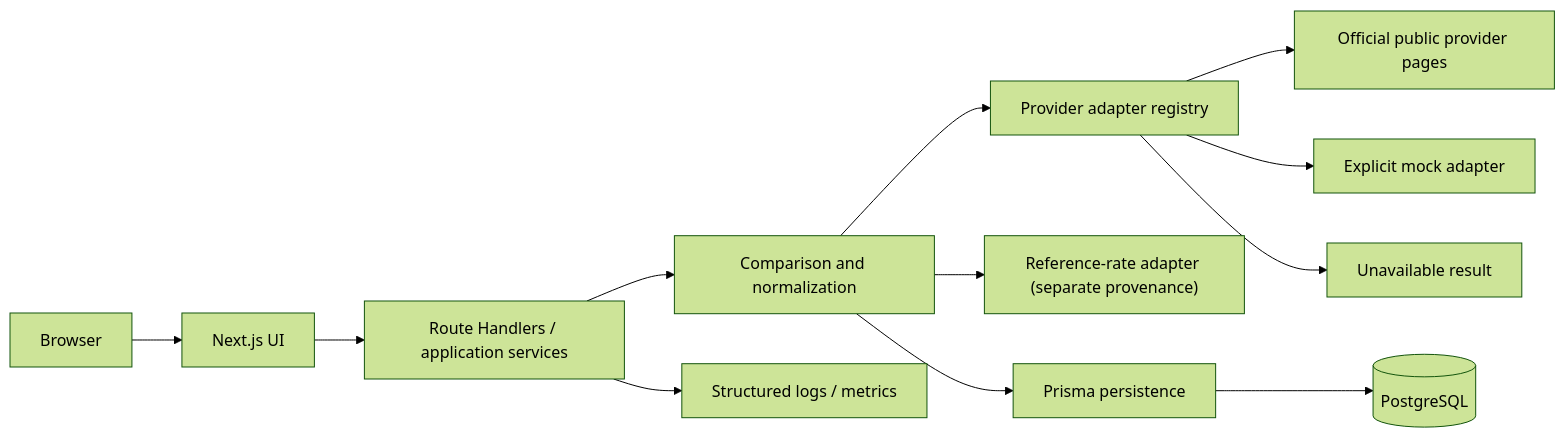
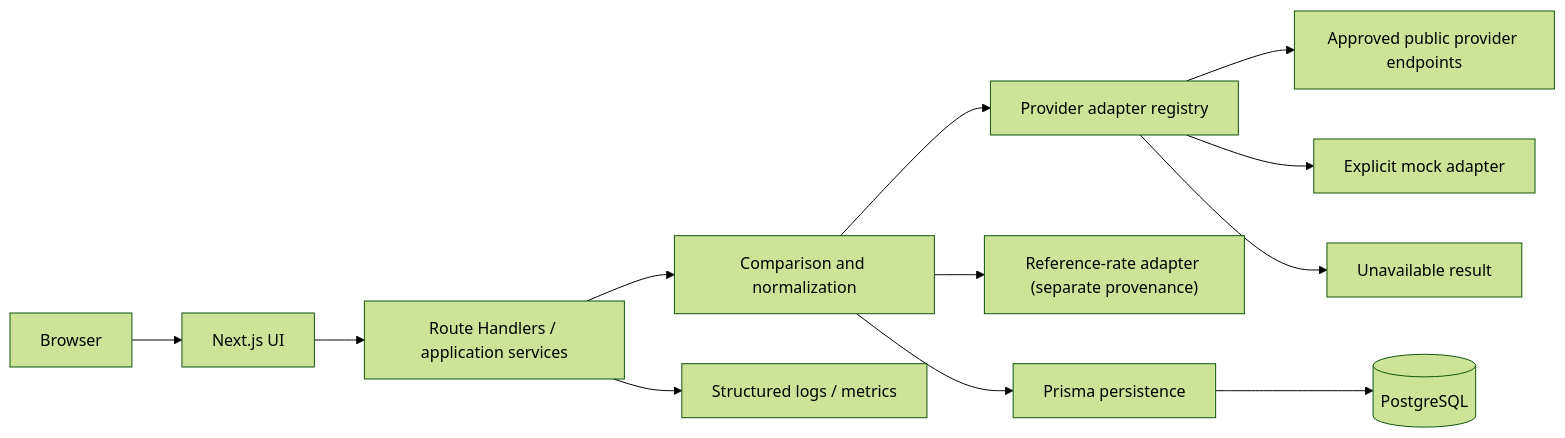
Before and after one commit to Busaman/exchangerates: the first of 2 diagrams in ARCHITECTURE.md, drawn with Mermaid (forest theme). The commit also changed other lines of this file and 31 other files, not shown here.

````diff
--- a/ARCHITECTURE.md
+++ b/ARCHITECTURE.md
@@ -11,14 +11,14 @@
 ```mermaid
 flowchart LR
   U["Browser"] --> UI["Next.js UI"]
   UI --> API["Route Handlers / application services"]
   API --> C["Comparison and normalization"]
   C --> A["Provider adapter registry"]
-  A --> O["Official public provider pages"]
+  A --> O["Approved public provider endpoints"]
   A --> M["Explicit mock adapter"]
   A --> X["Unavailable result"]
   C --> R["Reference-rate adapter (separate provenance)"]
   C --> P["Prisma persistence"]
   P --> DB[("PostgreSQL")]
   API --> L["Structured logs / metrics"]
 ```
````
